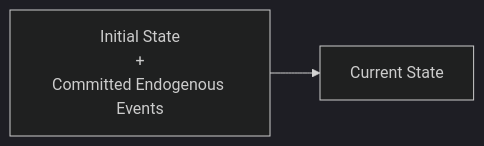
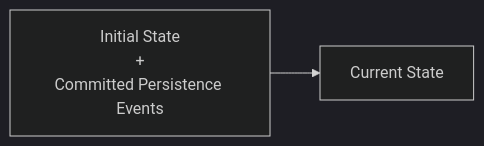
The first of 2 diagrams in Cohesive System Model/Realization Substrate/Event Sourcing.md (cohesivesystems/knowledge), drawn with Mermaid (dark theme) before and after one commit. The commit also changed other lines of this file and 35 other files, not shown here.

````diff
--- a/Cohesive System Model/Realization Substrate/Event Sourcing.md
+++ b/Cohesive System Model/Realization Substrate/Event Sourcing.md
@@ -17,6 +17,6 @@
 ```mermaid
 flowchart LR
-    A["Initial State<br/>+<br/>Committed Endogenous Events"]
+    A["Initial State<br/>+<br/>Committed Persistence Events"]
     B["Current State"]
     A --> B
 ```
````
